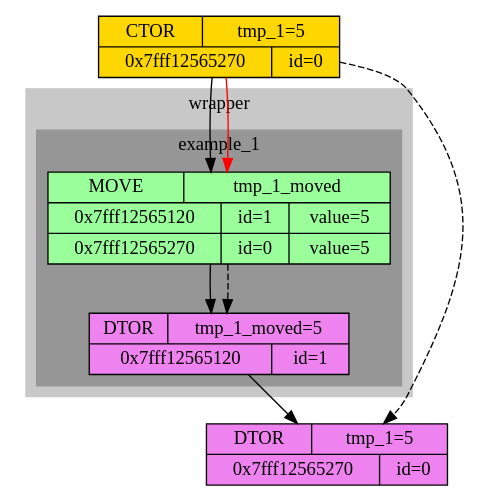
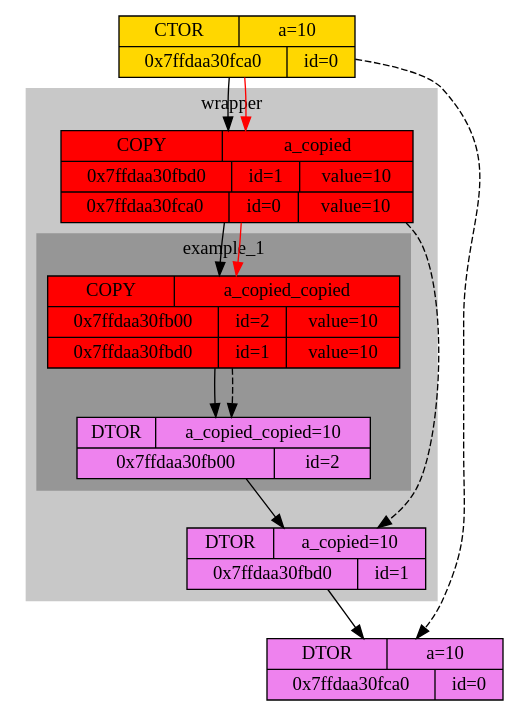
One commit to x-ENIAC/MIPT_projects_4_sem changed the diagram in Move&forward_research/new.dot. Above: the diagram before and after it, drawn with Graphviz. The commit also changed 11 other files, not shown here.

```diff
--- a/Move&forward_research/new.dot
+++ b/Move&forward_research/new.dot
@@ -1,26 +1,32 @@
 digraph graphname {
-	node0CTOR [shape="record", style="filled", fillcolor="gold", label="{{CTOR | tmp_1=5}|{0x7fff12565270 | id=0}}"]
+	node0CTOR [shape="record", style="filled", fillcolor="gold", label="{{CTOR | a=10}|{0x7ffdaa30fca0 | id=0}}"]
 
 subgraph "cluster_0" {
 	style=filled;
 	color="#c8c8c8";
-	
+		node1COPY  [shape="record", style="filled", fillcolor="red" label="{{COPY | a_copied}|{0x7ffdaa30fbd0 | id=1 | value=10}|{0x7ffdaa30fca0 | id=0 | value=10}}"]
+
 subgraph "cluster_1" {
 	style=filled;
 	color="#969696";
-		node1MOVE  [shape="record", style="filled", fillcolor="palegreen1" label="{{MOVE | tmp_1_moved}|{0x7fff12565120 | id=1 | value=5}|{0x7fff12565270 | id=0 | value=5}}"]
-	node1DTOR [shape="record", style="filled", fillcolor="violet", label="{{DTOR | tmp_1_moved=5}|{0x7fff12565120 | id=1}}"]
+		node2COPY  [shape="record", style="filled", fillcolor="red" label="{{COPY | a_copied_copied}|{0x7ffdaa30fb00 | id=2 | value=10}|{0x7ffdaa30fbd0 | id=1 | value=10}}"]
+	node2DTOR [shape="record", style="filled", fillcolor="violet", label="{{DTOR | a_copied_copied=10}|{0x7ffdaa30fb00 | id=2}}"]
 	label = "example_1" 
 }
 
+	node1DTOR [shape="record", style="filled", fillcolor="violet", label="{{DTOR | a_copied=10}|{0x7ffdaa30fbd0 | id=1}}"]
 	label = "wrapper" 
 }
 
-	node0DTOR [shape="record", style="filled", fillcolor="violet", label="{{DTOR | tmp_1=5}|{0x7fff12565270 | id=0}}"]
-	node0CTOR -> node1MOVE
-	node0CTOR -> node1MOVE [color="red"]
-	node1MOVE -> node1DTOR
-	node1MOVE -> node1DTOR [style="dashed"]
+	node0DTOR [shape="record", style="filled", fillcolor="violet", label="{{DTOR | a=10}|{0x7ffdaa30fca0 | id=0}}"]
+	node0CTOR -> node1COPY
+	node0CTOR -> node1COPY [color="red"]
+	node1COPY -> node2COPY
+	node1COPY -> node2COPY [color="red"]
+	node2COPY -> node2DTOR
+	node2COPY -> node2DTOR [style="dashed"]
+	node2DTOR -> node1DTOR
+	node1COPY -> node1DTOR [style="dashed"]
 	node1DTOR -> node0DTOR
 	node0CTOR -> node0DTOR [style="dashed"]
 }
```
